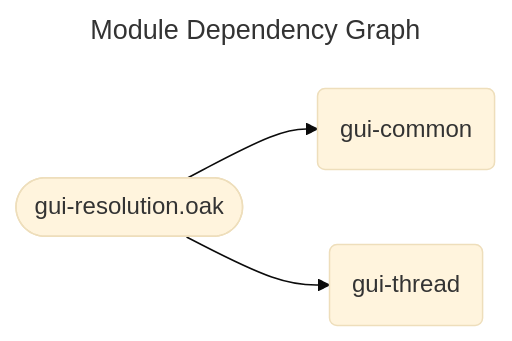
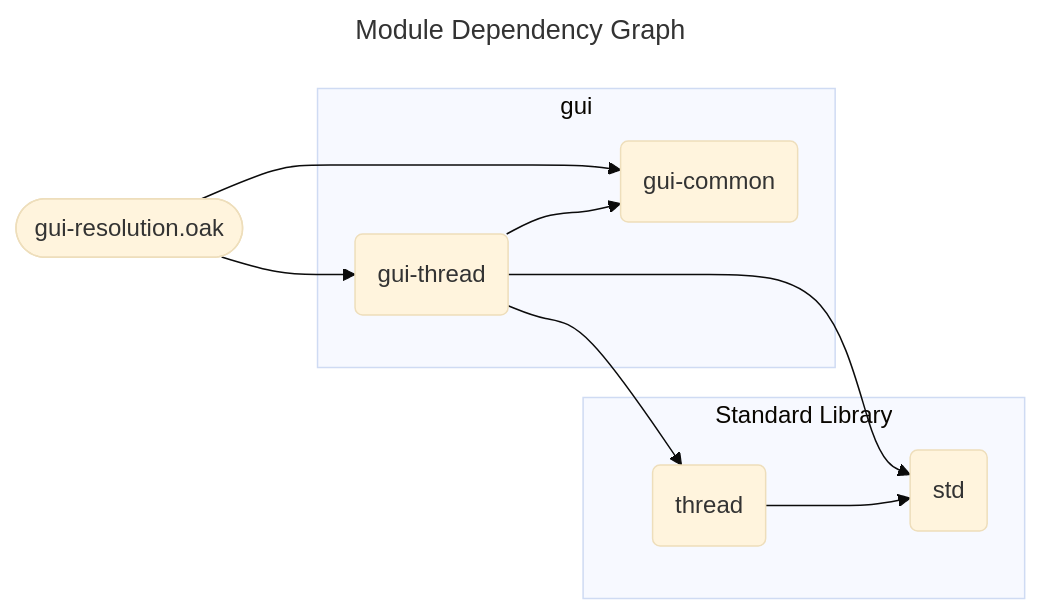
One commit to SpcFORK/magnolia changed the diagram in docs/spec/gui-resolution.mmd. Above: the diagram before and after it, drawn with Mermaid (base theme). The commit also changed 176 other files, not shown here.

First line of the commit message:
Enhance module dependency graphs and improve rendering logic

```diff
--- a/docs/spec/gui-resolution.mmd
+++ b/docs/spec/gui-resolution.mmd
@@ -1,9 +1,19 @@
 ---
 title: Module Dependency Graph
 ---
 flowchart LR
     lib_gui_resolution_oak(["gui-resolution.oak"])
-    gui_common("gui-common")
-    gui_thread("gui-thread")
     lib_gui_resolution_oak --> gui_common
     lib_gui_resolution_oak --> gui_thread
+    gui_thread --> std
+    gui_thread --> thread
+    gui_thread --> gui_common
+    thread --> std
+    subgraph stdlib_gui ["gui"]
+        gui_common("gui-common")
+        gui_thread("gui-thread")
+    end
+    subgraph stdlib_core ["Standard Library"]
+        thread("thread")
+        std("std")
+    end
```
